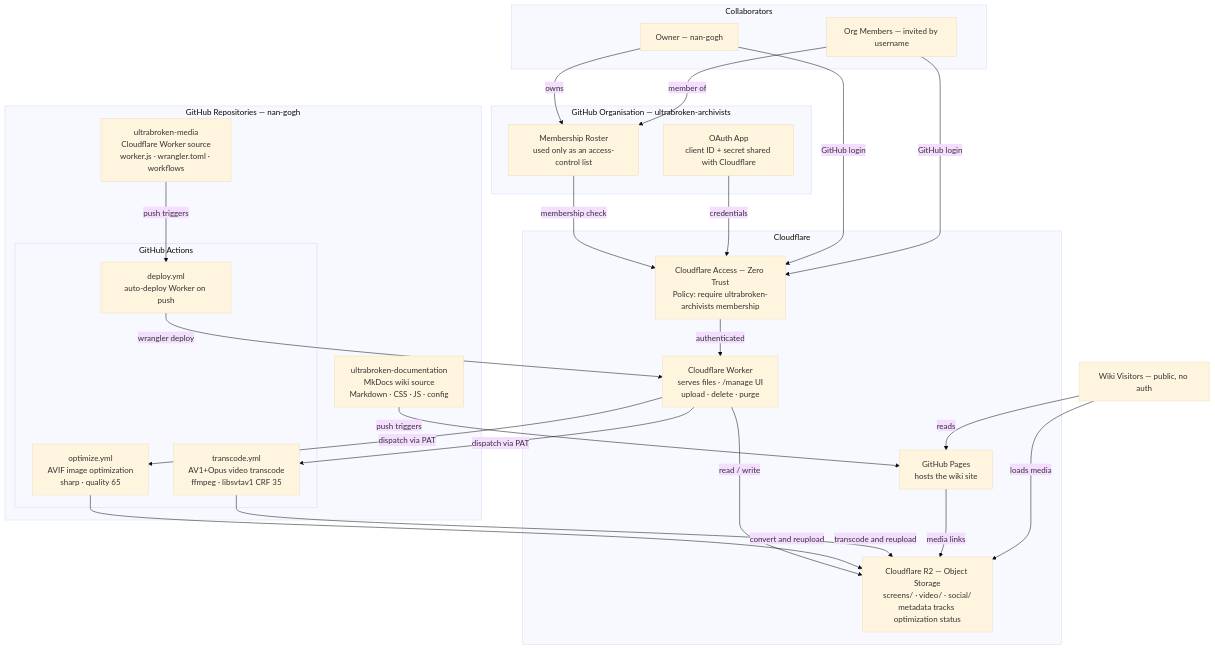
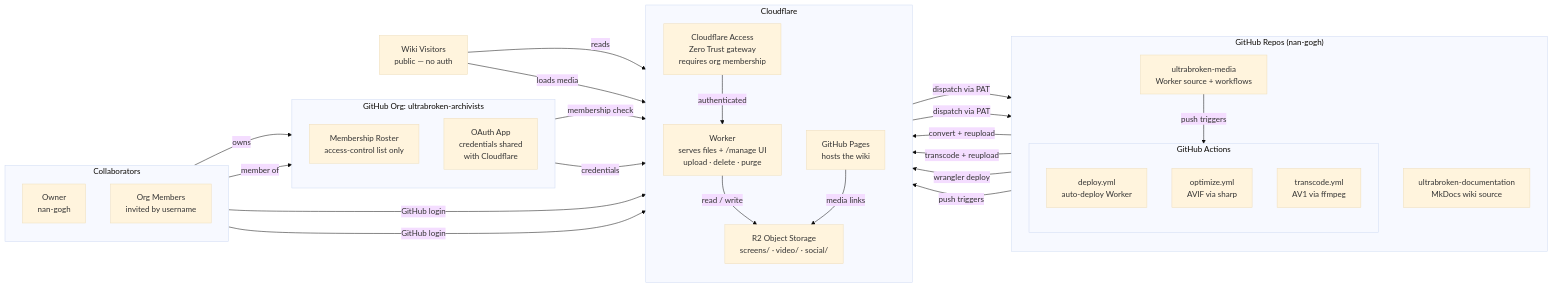
One commit to BKMzero/ultrabroken-documentation changed the diagram in docs/wiki/about.md. Above: the diagram before and after it, drawn with Mermaid (base theme). The commit also changed other lines of this file and 1 other file, not shown here.

Commit message:
feat: zoomable diagram container with simplified LR layout

````diff
--- a/docs/wiki/about.md
+++ b/docs/wiki/about.md
@@ -39,49 +48,53 @@
 ``` mermaid
-graph TB
+graph LR
     subgraph people ["Collaborators"]
-        OWNER["Owner — nan-gogh"]
-        MEMBERS["Org Members — invited by username"]
+        direction TB
+        OWNER["Owner<br/>nan-gogh"]
+        MEMBERS["Org Members<br/>invited by username"]
     end
 
-    subgraph org ["GitHub Organisation — ultrabroken-archivists"]
-        ORG["Membership Roster<br/>used only as an access-control list"]
-        OAUTH["OAuth App<br/>client ID + secret shared with Cloudflare"]
+    subgraph org ["GitHub Org: ultrabroken-archivists"]
+        direction TB
+        ORG["Membership Roster<br/>access-control list only"]
+        OAUTH["OAuth App<br/>credentials shared<br/>with Cloudflare"]
     end
 
-    subgraph repos ["GitHub Repositories — nan-gogh"]
-        WIKI_REPO["ultrabroken-documentation<br/>MkDocs wiki source<br/>Markdown · CSS · JS · config"]
-        MEDIA_REPO["ultrabroken-media<br/>Cloudflare Worker source<br/>worker.js · wrangler.toml · workflows"]
-
+    subgraph repos ["GitHub Repos (nan-gogh)"]
+        direction TB
+        WIKI_REPO["ultrabroken-documentation<br/>MkDocs wiki source"]
+        MEDIA_REPO["ultrabroken-media<br/>Worker source + workflows"]
         subgraph actions ["GitHub Actions"]
-            DEPLOY["deploy.yml<br/>auto-deploy Worker on push"]
-            OPTIMIZE["optimize.yml<br/>AVIF image optimization<br/>sharp · quality 65"]
-            TRANSCODE["transcode.yml<br/>AV1+Opus video transcode<br/>ffmpeg · libsvtav1 CRF 35"]
+            direction TB
+            DEPLOY["deploy.yml<br/>auto-deploy Worker"]
+            OPTIMIZE["optimize.yml<br/>AVIF via sharp"]
+            TRANSCODE["transcode.yml<br/>AV1 via ffmpeg"]
         end
     end
 
     subgraph cloudflare ["Cloudflare"]
-        ACCESS["Cloudflare Access — Zero Trust<br/>Policy: require ultrabroken-archivists membership"]
-        WORKER["Cloudflare Worker<br/>serves files · /manage UI<br/>upload · delete · purge"]
-        R2["Cloudflare R2 — Object Storage<br/>screens/ · video/ · social/<br/>metadata tracks optimization status"]
-        PAGES["GitHub Pages<br/>hosts the wiki site"]
+        direction TB
+        ACCESS["Cloudflare Access<br/>Zero Trust gateway<br/>requires org membership"]
+        WORKER["Worker<br/>serves files + /manage UI<br/>upload · delete · purge"]
+        R2["R2 Object Storage<br/>screens/ · video/ · social/"]
+        PAGES["GitHub Pages<br/>hosts the wiki"]
     end
 
-    VISITOR["Wiki Visitors — public, no auth"]
+    VISITOR["Wiki Visitors<br/>public — no auth"]
 
     OWNER -->|owns| ORG
     MEMBERS -->|member of| ORG
     ORG -->|membership check| ACCESS
     OAUTH -->|credentials| ACCESS
     OWNER & MEMBERS -->|GitHub login| ACCESS
     ACCESS -->|authenticated| WORKER
     WORKER -->|read / write| R2
     WORKER -->|dispatch via PAT| OPTIMIZE & TRANSCODE
-    OPTIMIZE -->|convert and reupload| R2
-    TRANSCODE -->|transcode and reupload| R2
+    OPTIMIZE -->|convert + reupload| R2
+    TRANSCODE -->|transcode + reupload| R2
     DEPLOY -->|wrangler deploy| WORKER
     MEDIA_REPO -->|push triggers| DEPLOY
     WIKI_REPO -->|push triggers| PAGES
     PAGES -->|media links| R2
     VISITOR -->|reads| PAGES
     VISITOR -->|loads media| R2
 ```
````
